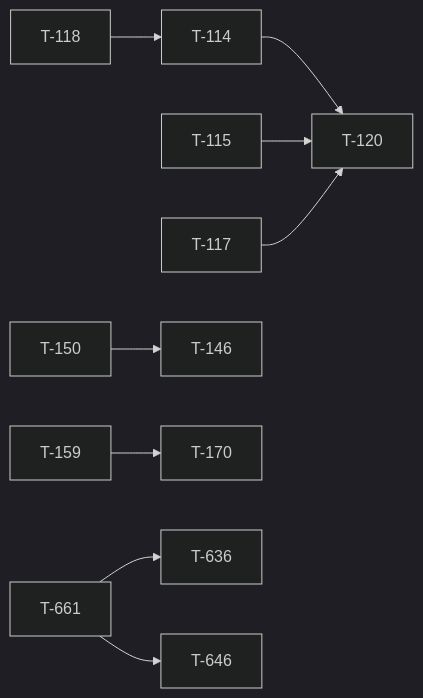
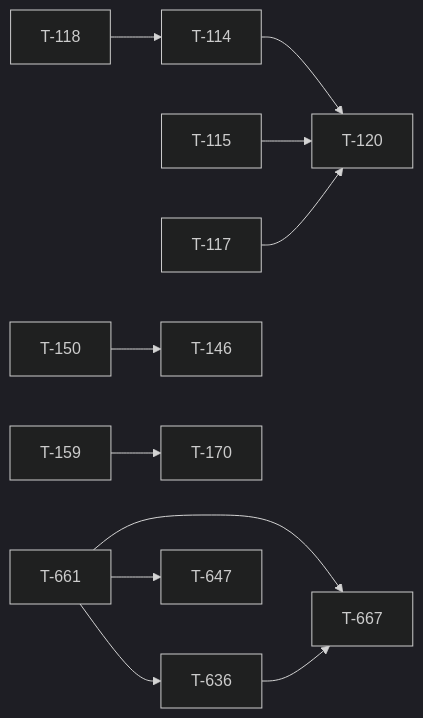
One commit to darkforce09/TBD-reforger changed the diagram in docs/TICKET_LEAD.md. Above: the diagram before and after it, drawn with Mermaid (dark theme). The commit also changed other lines of this file and 8 other files, not shown here.

````diff
--- a/docs/TICKET_LEAD.md
+++ b/docs/TICKET_LEAD.md
@@ -28,11 +28,13 @@
 ```mermaid
 flowchart LR
   T118[T-118] --> T114[T-114]
   T114[T-114] --> T120[T-120]
   T115[T-115] --> T120[T-120]
   T117[T-117] --> T120[T-120]
   T150[T-150] --> T146[T-146]
   T159[T-159] --> T170[T-170]
   T661[T-661] --> T636[T-636]
-  T661[T-661] --> T646[T-646]
+  T661[T-661] --> T647[T-647]
+  T661[T-661] --> T667[T-667]
+  T636[T-636] --> T667[T-667]
 ```
````
